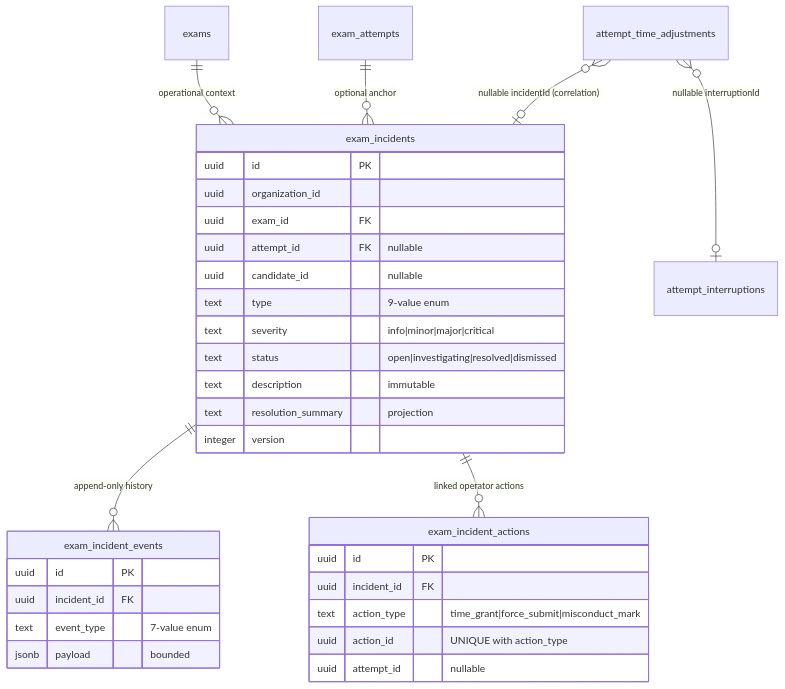
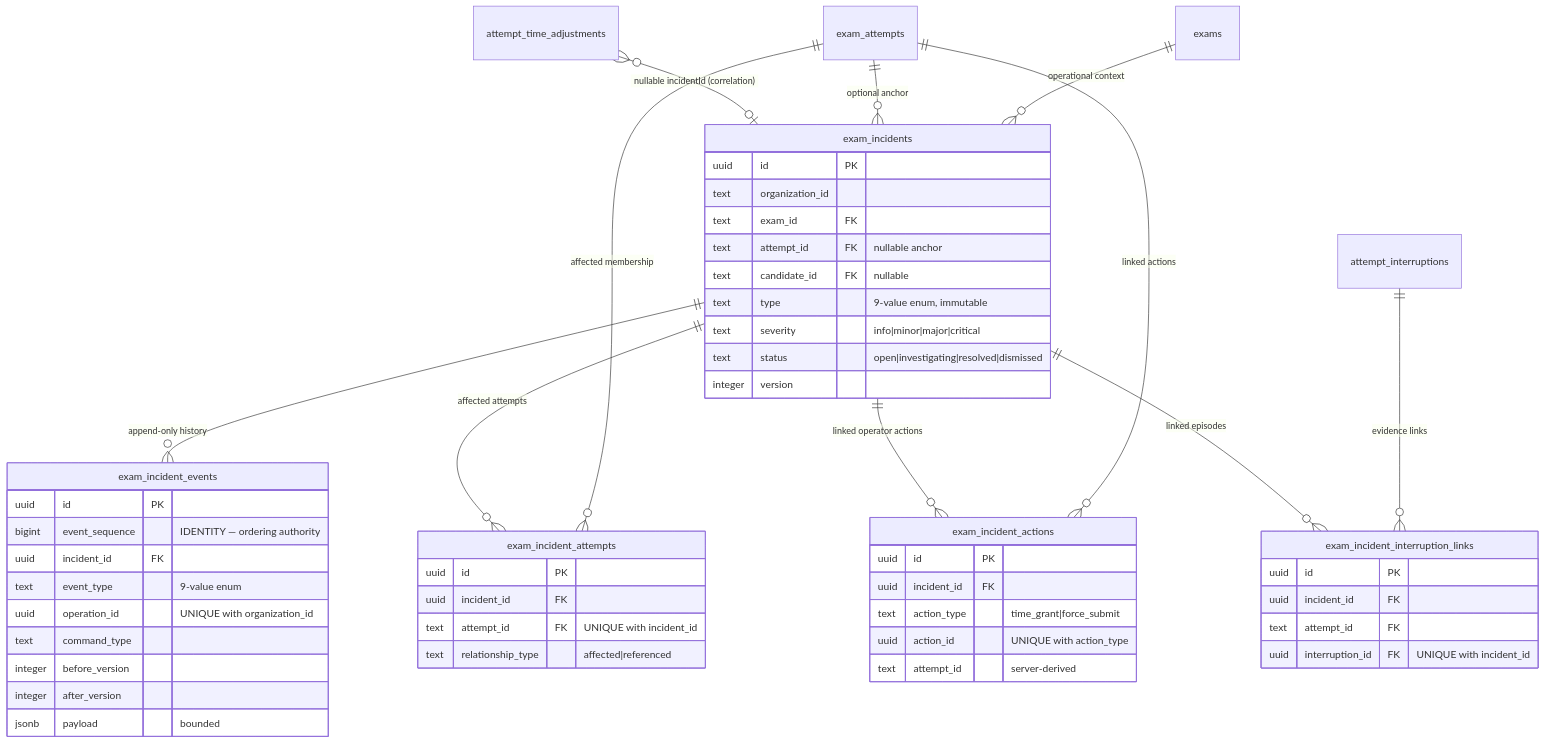
One commit to jnhu76/exam changed the second of 4 diagrams in docs/architecture/exam-system/incident-authority.md. Above: the diagram before and after it, drawn with Mermaid. The commit also changed other lines of this file and 3 other files, not shown here.

````diff
--- a/docs/architecture/exam-system/incident-authority.md
+++ b/docs/architecture/exam-system/incident-authority.md
@@ -121,36 +131,55 @@
 ```mermaid
 erDiagram
     exams ||--o{ exam_incidents : "operational context"
     exam_attempts ||--o{ exam_incidents : "optional anchor"
+    exam_attempts ||--o{ exam_incident_attempts : "affected membership"
+    exam_attempts ||--o{ exam_incident_actions : "linked actions"
+    attempt_interruptions ||--o{ exam_incident_interruption_links : "evidence links"
     exam_incidents ||--o{ exam_incident_events : "append-only history"
     exam_incidents ||--o{ exam_incident_actions : "linked operator actions"
+    exam_incidents ||--o{ exam_incident_attempts : "affected attempts"
+    exam_incidents ||--o{ exam_incident_interruption_links : "linked episodes"
     attempt_time_adjustments }o--o| exam_incidents : "nullable incidentId (correlation)"
-    attempt_time_adjustments }o--o| attempt_interruptions : "nullable interruptionId"
 
     exam_incidents {
         uuid id PK
-        uuid organization_id
-        uuid exam_id FK
-        uuid attempt_id FK "nullable"
-        uuid candidate_id "nullable"
-        text type "9-value enum"
+        text organization_id
+        text exam_id FK
+        text attempt_id FK "nullable anchor"
+        text candidate_id FK "nullable"
+        text type "9-value enum, immutable"
         text severity "info|minor|major|critical"
         text status "open|investigating|resolved|dismissed"
-        text description "immutable"
-        text resolution_summary "projection"
         integer version
     }
     exam_incident_events {
         uuid id PK
+        bigint event_sequence "IDENTITY — ordering authority"
         uuid incident_id FK
-        text event_type "7-value enum"
+        text event_type "9-value enum"
+        uuid operation_id "UNIQUE with organization_id"
+        text command_type
+        integer before_version
+        integer after_version
         jsonb payload "bounded"
     }
     exam_incident_actions {
         uuid id PK
         uuid incident_id FK
-        text action_type "time_grant|force_submit|misconduct_mark"
+        text action_type "time_grant|force_submit"
         uuid action_id "UNIQUE with action_type"
-        uuid attempt_id "nullable"
+        text attempt_id "server-derived"
+    }
+    exam_incident_attempts {
+        uuid id PK
+        uuid incident_id FK
+        text attempt_id FK "UNIQUE with incident_id"
+        text relationship_type "affected|referenced"
+    }
+    exam_incident_interruption_links {
+        uuid id PK
+        uuid incident_id FK
+        text attempt_id FK
+        uuid interruption_id FK "UNIQUE with incident_id"
     }
 ```
````
